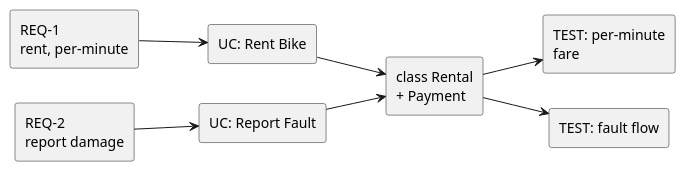
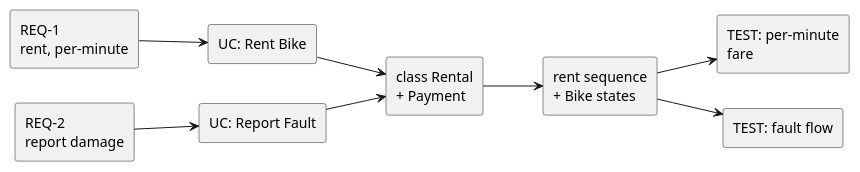
Before and after one commit to traiansf/traiansf.github.io: the third of 4 diagrams in class/amss-2026/curs/10-traceability.md, drawn with PlantUML. The commit also changed other lines of this file and 26 other files, not shown here.

````diff
--- a/class/amss-2026/curs/10-traceability.md
+++ b/class/amss-2026/curs/10-traceability.md
@@ -232,18 +232,20 @@
 ```plantuml
 @startuml
 left to right direction
 rectangle "REQ-1\nrent, per-minute" as R1
 rectangle "REQ-2\nreport damage" as R2
 rectangle "UC: Rent Bike" as U1
 rectangle "UC: Report Fault" as U2
 rectangle "class Rental\n+ Payment" as C
+rectangle "rent sequence\n+ Bike states" as S
 rectangle "TEST: per-minute\nfare" as T1
 rectangle "TEST: fault flow" as T2
 R1 --> U1
 R2 --> U2
 U1 --> C
 U2 --> C
-C --> T1
-C --> T2
+C --> S
+S --> T1
+S --> T2
 @enduml
 ```
````
